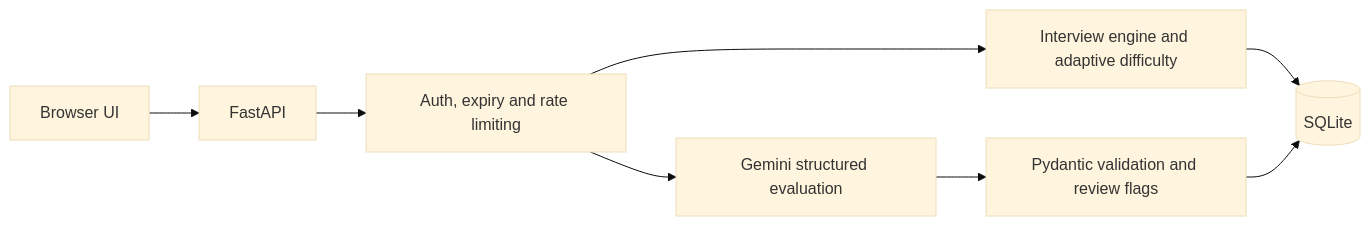
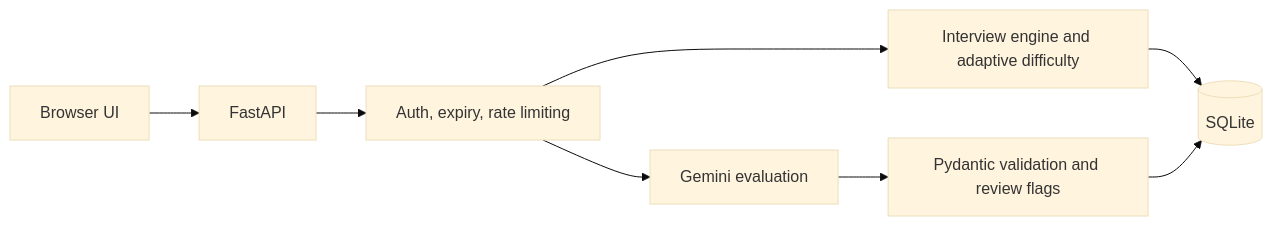
Before and after one commit to AnshPratap2314/AnshPratap2314: the second of 2 diagrams in README.md, drawn with Mermaid (base theme). The commit also changed other lines of this file, not shown here.

````diff
--- a/README.md
+++ b/README.md
@@ -128,10 +91,10 @@
 ```mermaid
 flowchart LR
     U[Browser UI] --> API[FastAPI]
-    API --> S[Auth, expiry and rate limiting]
+    API --> S[Auth, expiry, rate limiting]
     S --> E[Interview engine and adaptive difficulty]
-    S --> G[Gemini structured evaluation]
+    S --> G[Gemini evaluation]
     G --> V[Pydantic validation and review flags]
     E --> DB[(SQLite)]
     V --> DB
 ```
````
